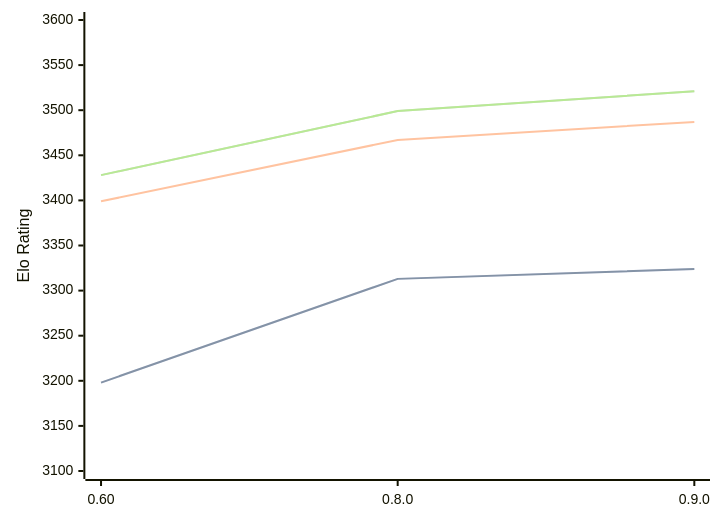
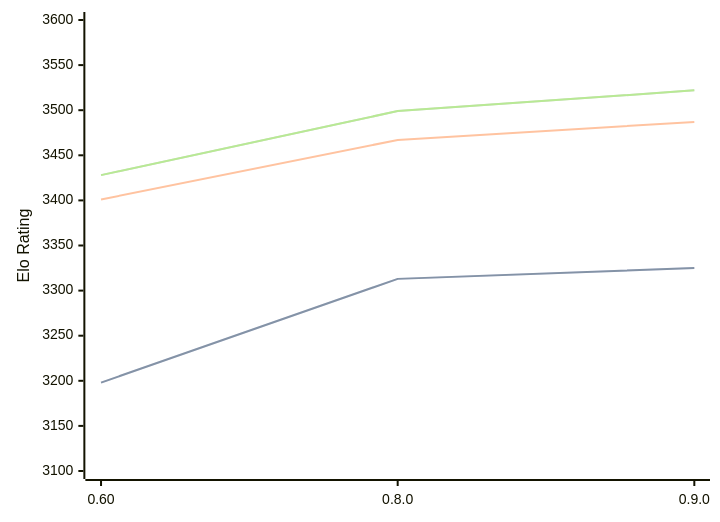
One commit to computer-chess-index/cci changed the diagram in engines/Motor.md. Above: the diagram before and after it, drawn with Mermaid. The commit also changed other lines of this file, not shown here.

Commit message:
Update CCI Ratings (ELO VLTC) - 2026-07-29

````diff
--- a/engines/Motor.md
+++ b/engines/Motor.md
@@ -39,11 +39,11 @@
 ```mermaid
 %%{init: {"theme":"base","themeVariables":{"seriesColors:['#a3a3a3','#222221','#faa371']}}}%%
 xychart-beta
   x-axis ["0.60", "0.8.0", "0.9.0"]
   y-axis "Elo Rating" 3100 --> 3600
-  line "STC (8.0+0.08s)" [3198, 3313, 3324]
-  line "STC (8.0+0.08s)" [3198, 3313, 3324]
-  line "LTC (60.0+0.60s)" [3399, 3467, 3487]
-  line "VLTC (2m24s+1.12s)" [3428, 3499, 3521]
-  line "VLTC (2m24s+1.12s)" [3428, 3499, 3521]
+  line "STC (8.0+0.08s)" [3198, 3313, 3325]
+  line "STC (8.0+0.08s)" [3198, 3313, 3325]
+  line "LTC (60.0+0.60s)" [3401, 3467, 3487]
+  line "VLTC (2m24s+1.12s)" [3428, 3499, 3522]
+  line "VLTC (2m24s+1.12s)" [3428, 3499, 3522]
 ```
````
